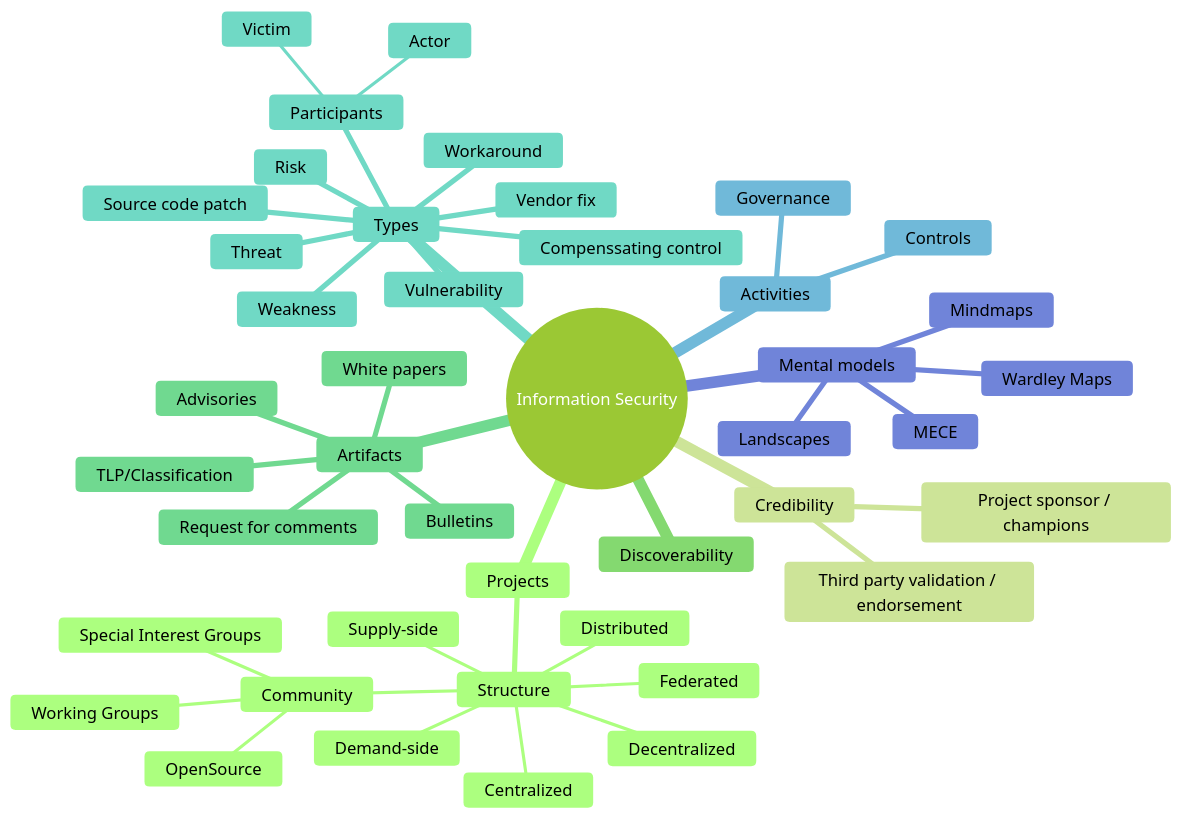
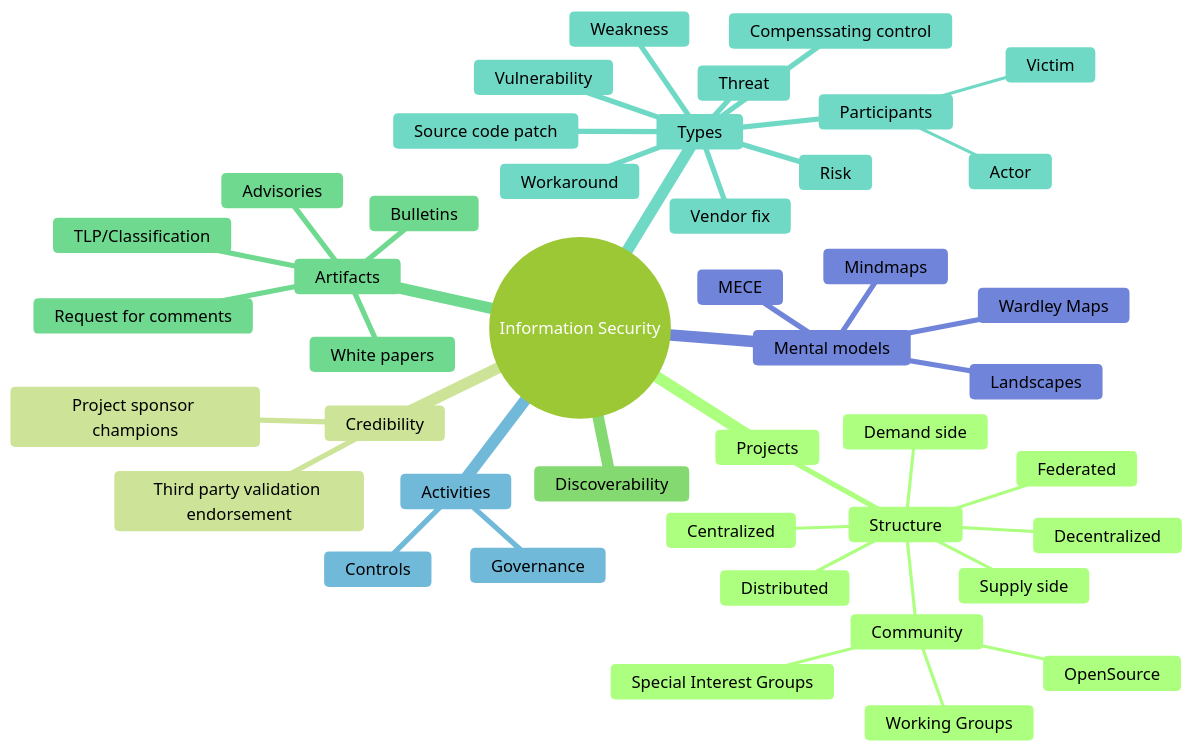
One commit to kurtseifried/wardley-maps changed the diagram in security/security-information-projects.md. Above: the diagram before and after it, drawn with Mermaid (forest theme).

````diff
--- a/security/security-information-projects.md
+++ b/security/security-information-projects.md
@@ -1,46 +1,46 @@
 ```mermaid
 mindmap
   root((Information Security))
     Projects
       Structure
         Centralized
         Decentralized
         Federated
         Distributed
-        Supply-side
-        Demand-side
+        Supply side
+        Demand side
         Community
           OpenSource
           Working Groups
           Special Interest Groups
     Credibility
-      Third party validation / endorsement
-      Project sponsor / champions
+      Third party validation endorsement
+      Project sponsor champions
     Discoverability
     Artifacts
       White papers
       Request for comments
       Advisories
       Bulletins
       TLP/Classification
     Types
       Vulnerability
       Threat
       Risk
       Weakness
       Workaround
       Compenssating control
       Vendor fix
       Source code patch
       Participants
         Actor
         Victim
     Activities
       Governance
       Controls
     Mental models
       Mindmaps
       Wardley Maps
       MECE
       Landscapes
 ```
````
